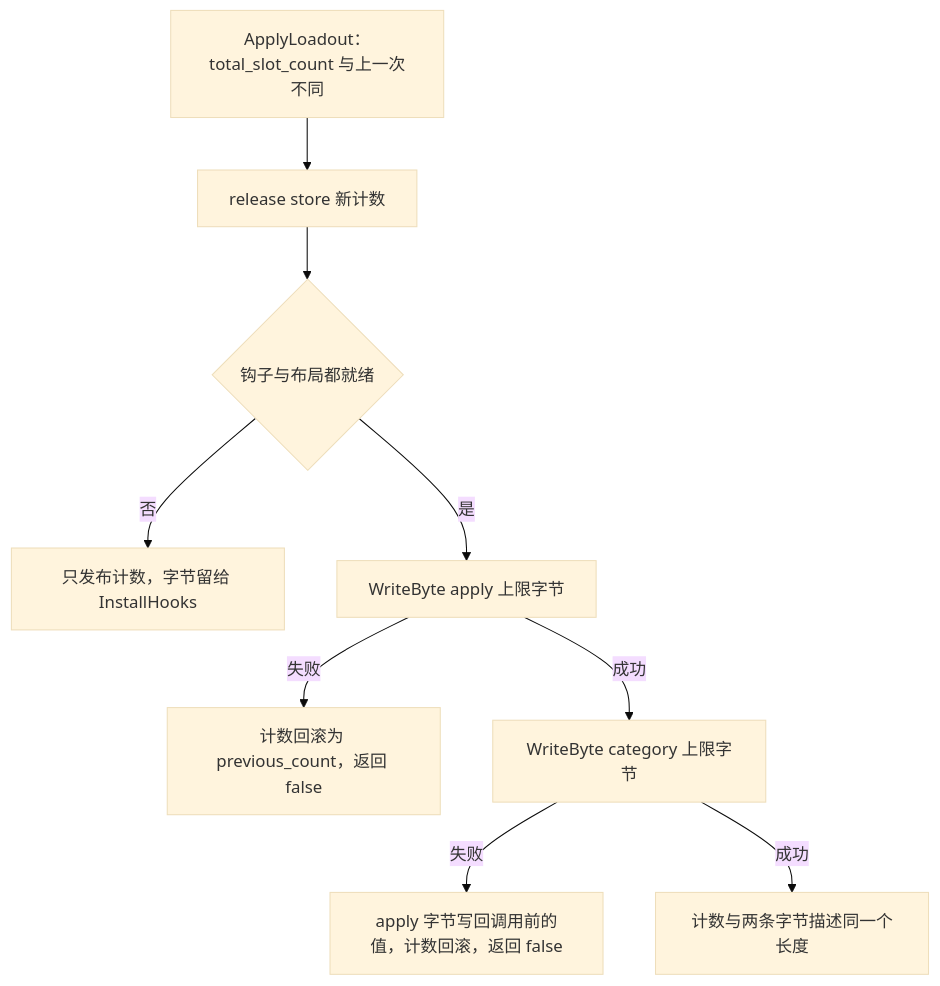
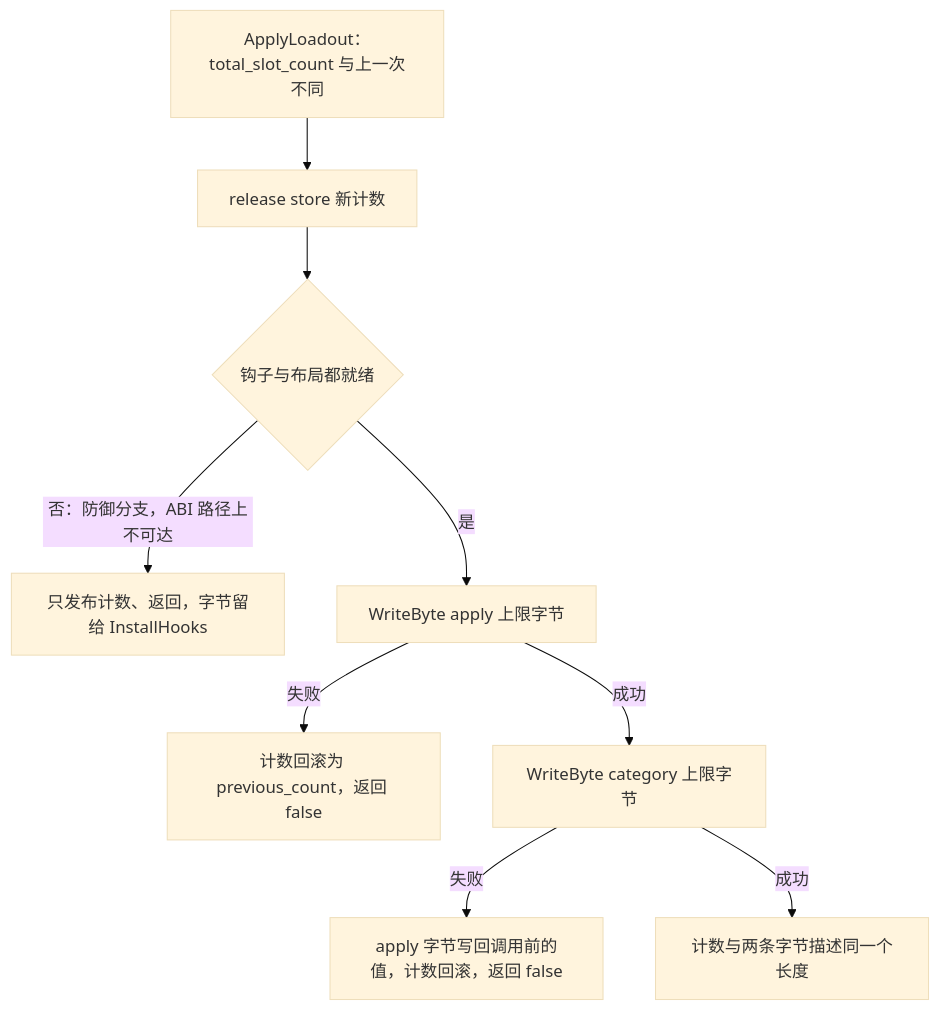
Before and after one commit to baagod/GBFR-Sigil-Loadout: the fourth of 5 diagrams in openwiki/workflows/skill-injection-runtime.md, drawn with Mermaid (base theme). The commit also changed other lines of this file and 33 other files, not shown here.

````diff
--- a/openwiki/workflows/skill-injection-runtime.md
+++ b/openwiki/workflows/skill-injection-runtime.md
@@ -286,11 +291,11 @@
 ```mermaid
 flowchart TD
     P["ApplyLoadout：total_slot_count 与上一次不同"] --> S["release store 新计数"]
     S --> C{"钩子与布局都就绪"}
-    C -- "否" --> N["只发布计数，字节留给 InstallHooks"]
+    C -- "否：防御分支，ABI 路径上不可达" --> N["只发布计数、返回，字节留给 InstallHooks"]
     C -- "是" --> W1["WriteByte apply 上限字节"]
     W1 -- "失败" --> R1["计数回滚为 previous_count，返回 false"]
     W1 -- "成功" --> W2["WriteByte category 上限字节"]
     W2 -- "失败" --> R2["apply 字节写回调用前的值，计数回滚，返回 false"]
     W2 -- "成功" --> OK["计数与两条字节描述同一个长度"]
 ```
````
